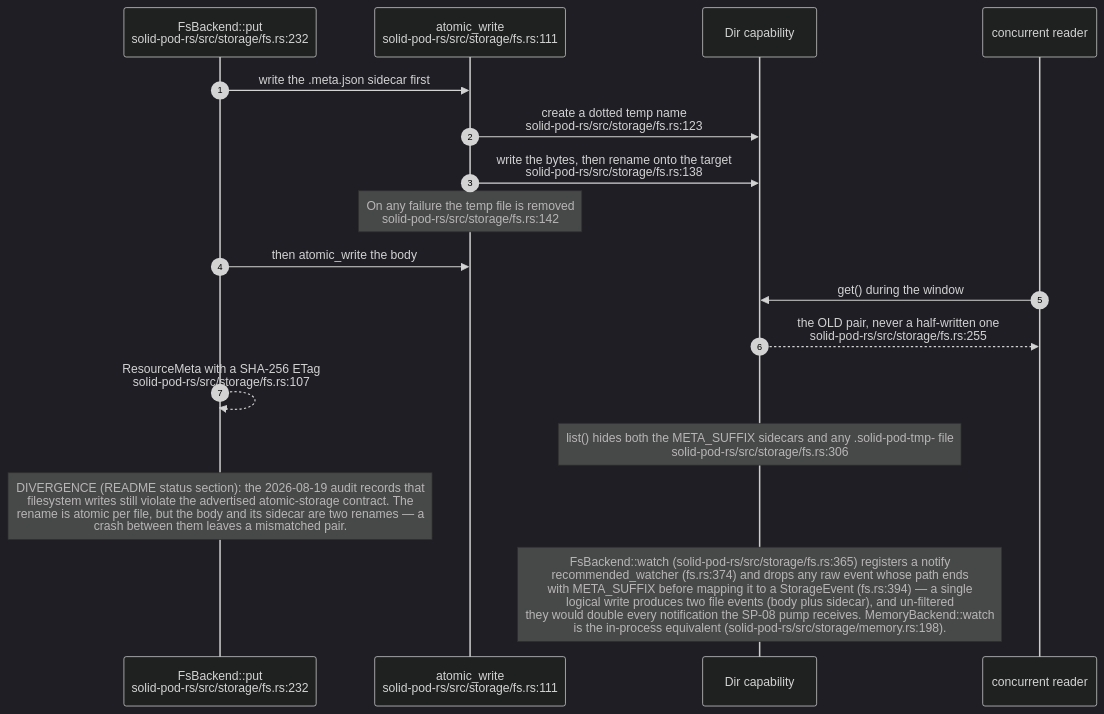
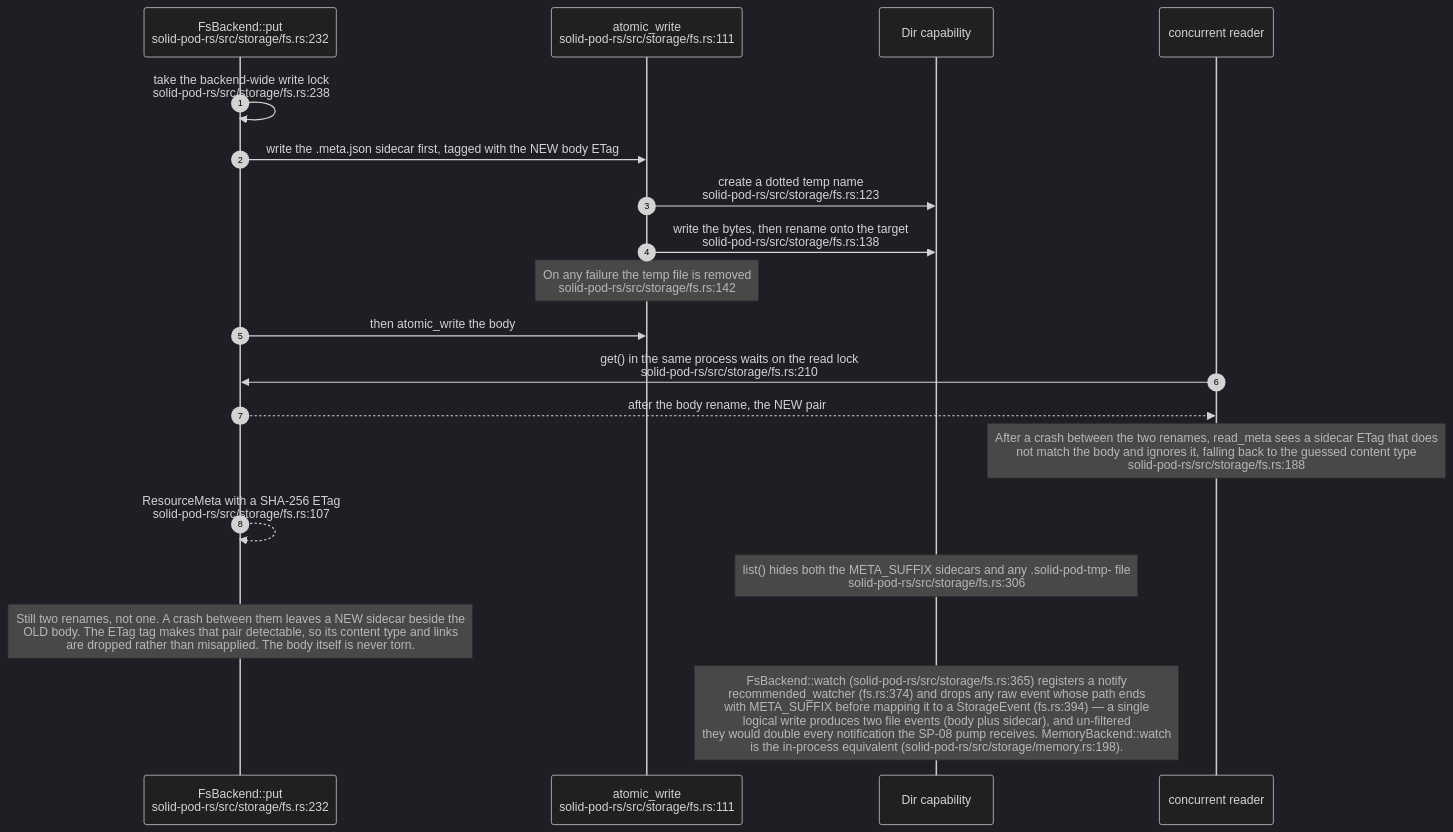
One commit to DreamLab-AI/VisionFlow changed the fourth of 11 diagrams in docs/diagrams/solid-pod-rs/06-storage-quota-and-git-pods.md. Above: the diagram before and after it, drawn with Mermaid (dark theme). The commit also changed other lines of this file and 47 other files, not shown here.

First line of the commit message:
docs(audit): wave 1 completes Solid, loom and dream-machine; rebinds stale claims

````diff
--- a/docs/diagrams/solid-pod-rs/06-storage-quota-and-git-pods.md
+++ b/docs/diagrams/solid-pod-rs/06-storage-quota-and-git-pods.md
@@ -109,21 +113,23 @@
 ```mermaid
 sequenceDiagram
     autonumber
     participant W as FsBackend::put<br/>solid-pod-rs/src/storage/fs.rs:232
     participant A as atomic_write<br/>solid-pod-rs/src/storage/fs.rs:111
     participant D as Dir capability
     participant R as concurrent reader
 
-    W->>A: write the .meta.json sidecar first
+    W->>W: take the backend-wide write lock<br/>solid-pod-rs/src/storage/fs.rs:238
+    W->>A: write the .meta.json sidecar first, tagged with the NEW body ETag
     A->>D: create a dotted temp name<br/>solid-pod-rs/src/storage/fs.rs:123
     A->>D: write the bytes, then rename onto the target<br/>solid-pod-rs/src/storage/fs.rs:138
     Note over A: On any failure the temp file is removed<br/>solid-pod-rs/src/storage/fs.rs:142
     W->>A: then atomic_write the body
-    R->>D: get() during the window
-    D-->>R: the OLD pair, never a half-written one<br/>solid-pod-rs/src/storage/fs.rs:255
+    R->>W: get() in the same process waits on the read lock<br/>solid-pod-rs/src/storage/fs.rs:210
+    W-->>R: after the body rename, the NEW pair
+    Note over R: After a crash between the two renames, read_meta sees a sidecar ETag that does<br/>not match the body and ignores it, falling back to the guessed content type<br/>solid-pod-rs/src/storage/fs.rs:188
     W-->>W: ResourceMeta with a SHA-256 ETag<br/>solid-pod-rs/src/storage/fs.rs:107
 
     Note over D: list() hides both the META_SUFFIX sidecars and any .solid-pod-tmp- file<br/>solid-pod-rs/src/storage/fs.rs:306
-    Note over W: DIVERGENCE (README status section): the 2026-08-19 audit records that<br/>filesystem writes still violate the advertised atomic-storage contract. The<br/>rename is atomic per file, but the body and its sidecar are two renames — a<br/>crash between them leaves a mismatched pair.
+    Note over W: Still two renames, not one. A crash between them leaves a NEW sidecar beside the<br/>OLD body. The ETag tag makes that pair detectable, so its content type and links<br/>are dropped rather than misapplied. The body itself is never torn.
     Note over D: FsBackend::watch (solid-pod-rs/src/storage/fs.rs:365) registers a notify<br/>recommended_watcher (fs.rs:374) and drops any raw event whose path ends<br/>with META_SUFFIX before mapping it to a StorageEvent (fs.rs:394) — a single<br/>logical write produces two file events (body plus sidecar), and un-filtered<br/>they would double every notification the SP-08 pump receives. MemoryBackend::watch<br/>is the in-process equivalent (solid-pod-rs/src/storage/memory.rs:198).
 ```
````
